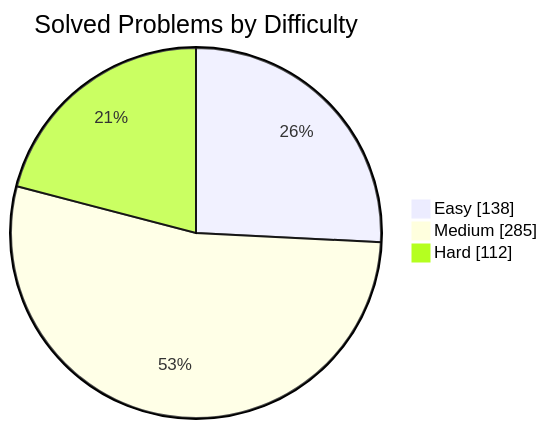
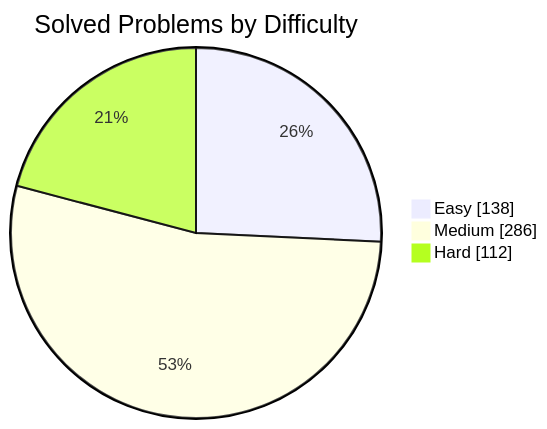
One commit to manikantbindass/DSA-Preparation-FAANG changed the first of 2 diagrams in README.md. Above: the diagram before and after it, drawn with Mermaid. The commit also changed other lines of this file and 1 other file, not shown here.

````diff
--- a/README.md
+++ b/README.md
@@ -79,7 +79,7 @@
 ```mermaid
 pie showData
     title Solved Problems by Difficulty
     "Easy" : 138
-    "Medium" : 285
+    "Medium" : 286
     "Hard" : 112
 ```
````
